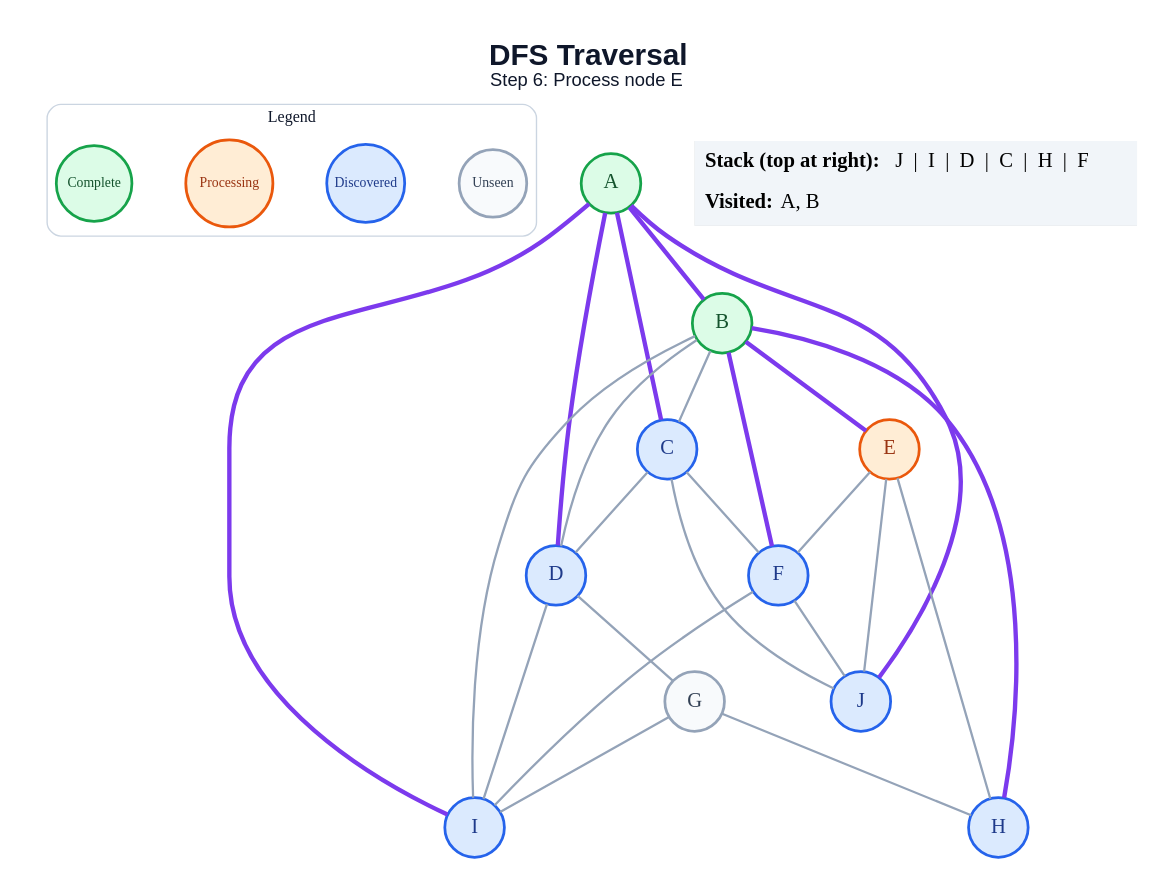
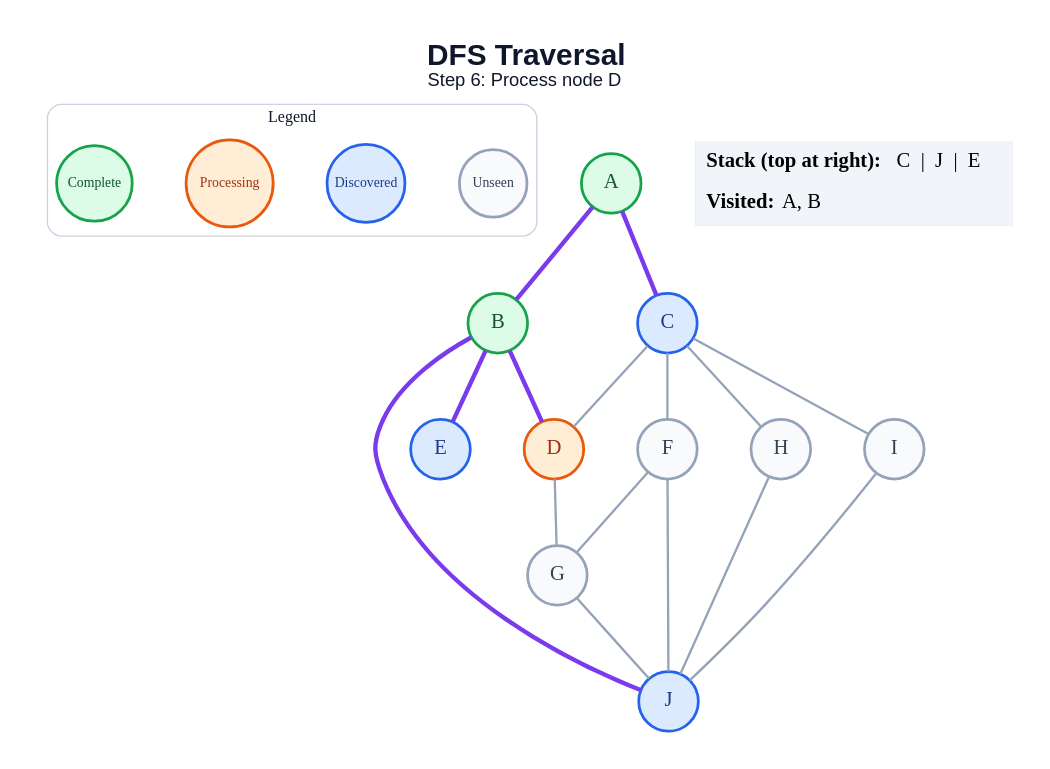
The diagram in generated/dfs/step_06.dot (anon7238593-create/ai-slop), drawn with Graphviz before and after one commit. The commit also changed 171 other files, not shown here.

```diff
--- a/generated/dfs/step_06.dot
+++ b/generated/dfs/step_06.dot
@@ -1,52 +1,44 @@
 graph traversal {
   graph [layout=dot, rankdir=TB, bgcolor="#FFFFFF", pad="0.35", nodesep="0.65", ranksep="0.8", fontname="Arial"];
   node [shape=circle, style="filled", fontname="Arial Bold", fontsize=18, width=0.72, fixedsize=true, penwidth=2.4];
   edge [color="#94A3B8", penwidth=2.0];
-  label=<<B>DFS Traversal</B><BR/><FONT POINT-SIZE="16">Step 6: Process node E</FONT>>; labelloc="t"; fontsize=26; fontname="Arial"; fontcolor="#0F172A";
+  label=<<B>DFS Traversal</B><BR/><FONT POINT-SIZE="16">Step 6: Process node D</FONT>>; labelloc="t"; fontsize=26; fontname="Arial"; fontcolor="#0F172A";
   subgraph cluster_legend { label="Legend"; color="#CBD5E1"; penwidth=1.2; style="rounded"; fontsize=14; fontname="Arial Bold";
     key_unseen [label="Unseen", fillcolor="#F8FAFC", color="#94A3B8", fontcolor="#334155", fontsize=12, width=0.82];
     key_frontier [label="Discovered", fillcolor="#DBEAFE", color="#2563EB", fontcolor="#1E3A8A", fontsize=12, width=0.95];
     key_current [label="Processing", fillcolor="#FFEDD5", color="#EA580C", fontcolor="#9A3412", fontsize=12, width=1.05];
     key_done [label="Complete", fillcolor="#DCFCE7", color="#16A34A", fontcolor="#14532D", fontsize=12, width=0.92];
     { rank=same; key_unseen; key_frontier; key_current; key_done; }
   }
   A [fillcolor="#DCFCE7", color="#16A34A", fontcolor="#14532D"];
   B [fillcolor="#DCFCE7", color="#16A34A", fontcolor="#14532D"];
   C [fillcolor="#DBEAFE", color="#2563EB", fontcolor="#1E3A8A"];
-  D [fillcolor="#DBEAFE", color="#2563EB", fontcolor="#1E3A8A"];
-  E [fillcolor="#FFEDD5", color="#EA580C", fontcolor="#9A3412"];
-  F [fillcolor="#DBEAFE", color="#2563EB", fontcolor="#1E3A8A"];
+  D [fillcolor="#FFEDD5", color="#EA580C", fontcolor="#9A3412"];
+  E [fillcolor="#DBEAFE", color="#2563EB", fontcolor="#1E3A8A"];
+  F [fillcolor="#F8FAFC", color="#94A3B8", fontcolor="#334155"];
   G [fillcolor="#F8FAFC", color="#94A3B8", fontcolor="#334155"];
-  H [fillcolor="#DBEAFE", color="#2563EB", fontcolor="#1E3A8A"];
-  I [fillcolor="#DBEAFE", color="#2563EB", fontcolor="#1E3A8A"];
+  H [fillcolor="#F8FAFC", color="#94A3B8", fontcolor="#334155"];
+  I [fillcolor="#F8FAFC", color="#94A3B8", fontcolor="#334155"];
   J [fillcolor="#DBEAFE", color="#2563EB", fontcolor="#1E3A8A"];
   A -- B [color="#7C3AED", penwidth=3.8];
   A -- C [color="#7C3AED", penwidth=3.8];
-  A -- D [color="#7C3AED", penwidth=3.8];
-  A -- I [color="#7C3AED", penwidth=3.8];
-  A -- J [color="#7C3AED", penwidth=3.8];
-  B -- C;
-  B -- D;
+  B -- D [color="#7C3AED", penwidth=3.8];
   B -- E [color="#7C3AED", penwidth=3.8];
-  B -- F [color="#7C3AED", penwidth=3.8];
-  B -- H [color="#7C3AED", penwidth=3.8];
-  B -- I;
+  B -- J [color="#7C3AED", penwidth=3.8];
   C -- D;
   C -- F;
-  C -- J;
+  C -- H;
+  C -- I;
   D -- G;
-  D -- I;
-  E -- F;
-  E -- H;
-  E -- J;
-  F -- I;
+  F -- G;
   F -- J;
-  G -- H;
-  G -- I;
+  G -- J;
+  H -- J;
+  I -- J;
   status [shape=plain, fixedsize=false, width=0, height=0, margin=0, label=<
     <TABLE BORDER="0" CELLBORDER="0" CELLPADDING="7" BGCOLOR="#F1F5F9">
-      <TR><TD ALIGN="LEFT"><B>Stack (top at right):</B> J  |  I  |  D  |  C  |  H  |  F</TD></TR>
+      <TR><TD ALIGN="LEFT"><B>Stack (top at right):</B> C  |  J  |  E</TD></TR>
       <TR><TD ALIGN="LEFT"><B>Visited:</B> A, B</TD></TR>
     </TABLE>
   >];
 }
```
